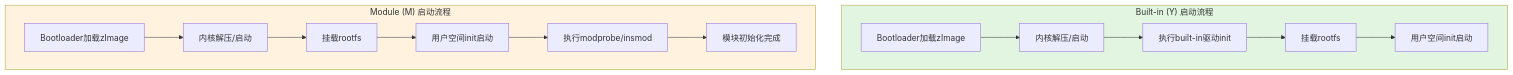
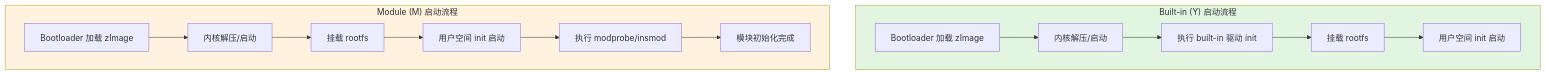
Before and after one commit to xiaohong0925/Embedded_Knowledge_System_V2026: the diagram in docs/01-系统启动与运行/第4章 内核配置与编译/4.5.2_驱动编译进内核_vs_编译成模块.md, drawn with Mermaid. The commit also changed other lines of this file and 22 other files, not shown here.

````diff
--- a/docs/01-系统启动与运行/第4章 内核配置与编译/4.5.2_驱动编译进内核_vs_编译成模块.md
+++ b/docs/01-系统启动与运行/第4章 内核配置与编译/4.5.2_驱动编译进内核_vs_编译成模块.md
@@ -32,20 +46,20 @@
 ```mermaid
 flowchart TB
     subgraph BuiltIn["Built-in (Y) 启动流程"]
-        A1["Bootloader加载zImage"] --> B1["内核解压/启动"]
-        B1 --> C1["执行built-in驱动init"]
-        C1 --> D1["挂载rootfs"]
-        D1 --> E1["用户空间init启动"]
+        A1["Bootloader 加载 zImage"] --> B1["内核解压/启动"]
+        B1 --> C1["执行 built-in 驱动 init"]
+        C1 --> D1["挂载 rootfs"]
+        D1 --> E1["用户空间 init 启动"]
     end
 
     subgraph Module["Module (M) 启动流程"]
-        A2["Bootloader加载zImage"] --> B2["内核解压/启动"]
-        B2 --> D2["挂载rootfs"]
-        D2 --> E2["用户空间init启动"]
-        E2 --> F2["执行modprobe/insmod"]
+        A2["Bootloader 加载 zImage"] --> B2["内核解压/启动"]
+        B2 --> D2["挂载 rootfs"]
+        D2 --> E2["用户空间 init 启动"]
+        E2 --> F2["执行 modprobe/insmod"]
         F2 --> G2["模块初始化完成"]
     end
 
     style BuiltIn fill:#e1f5e1
     style Module fill:#fff3e0
 ```
````
